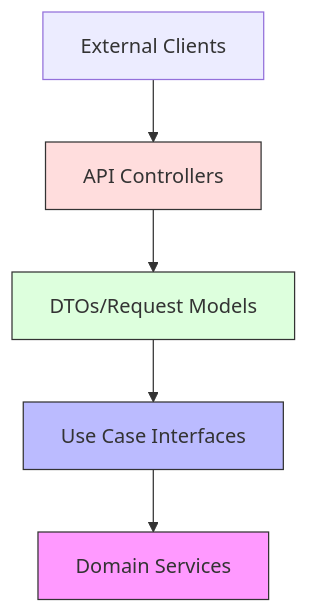
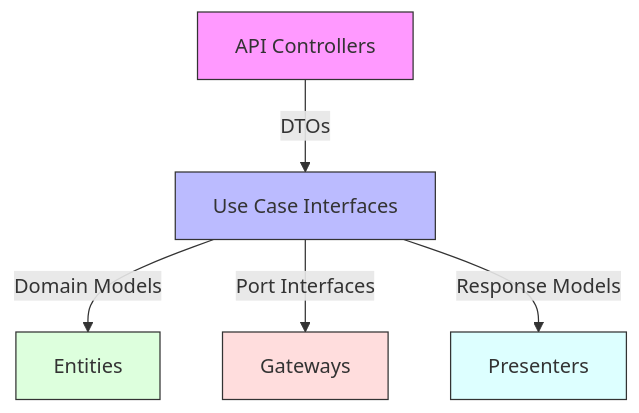
Before and after one commit to gonzaloan/crack-your-interview: the diagram in docs/fundamentals/software-architecture/clean-architecture/implementation/api-design.md, drawn with Mermaid. The commit also changed other lines of this file and 43 other files, not shown here.

````diff
--- a/docs/fundamentals/software-architecture/clean-architecture/implementation/api-design.md
+++ b/docs/fundamentals/software-architecture/clean-architecture/implementation/api-design.md
@@ -22,11 +32,13 @@
 ```mermaid
 graph TD
-    A[External Clients] --> B[API Controllers]
-    B --> C[DTOs/Request Models]
-    C --> D[Use Case Interfaces]
-    D --> E[Domain Services]
-    style E fill:#f9f,stroke:#333
-    style D fill:#bbf,stroke:#333
+    A[API Controllers] -->|DTOs| B[Use Case Interfaces]
+    B -->|Domain Models| C[Entities]
+    B -->|Port Interfaces| D[Gateways]
+    B -->|Response Models| E[Presenters]
+    
+    style A fill:#f9f,stroke:#333
+    style B fill:#bbf,stroke:#333
     style C fill:#dfd,stroke:#333
-    style B fill:#fdd,stroke:#333
+    style D fill:#fdd,stroke:#333
+    style E fill:#dff,stroke:#333
 ```
````
